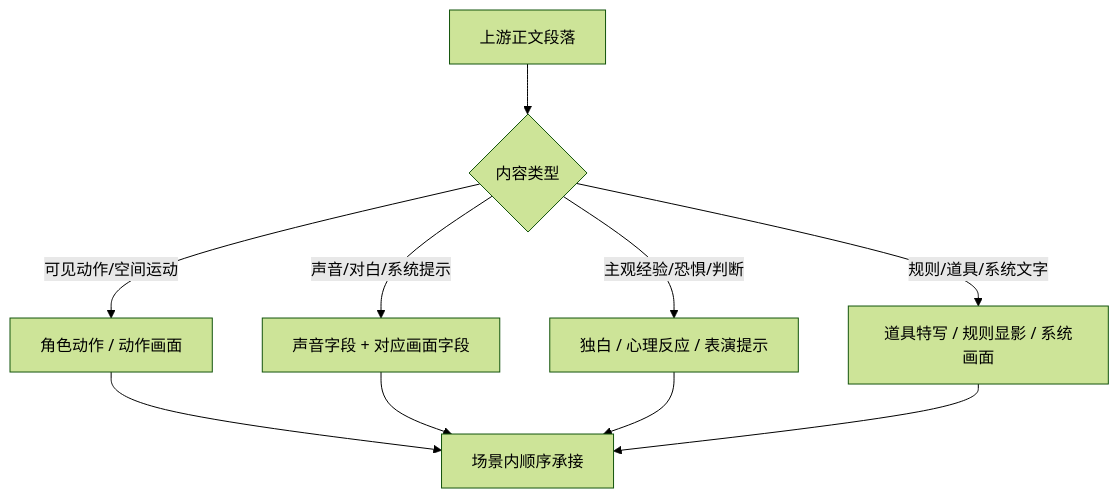
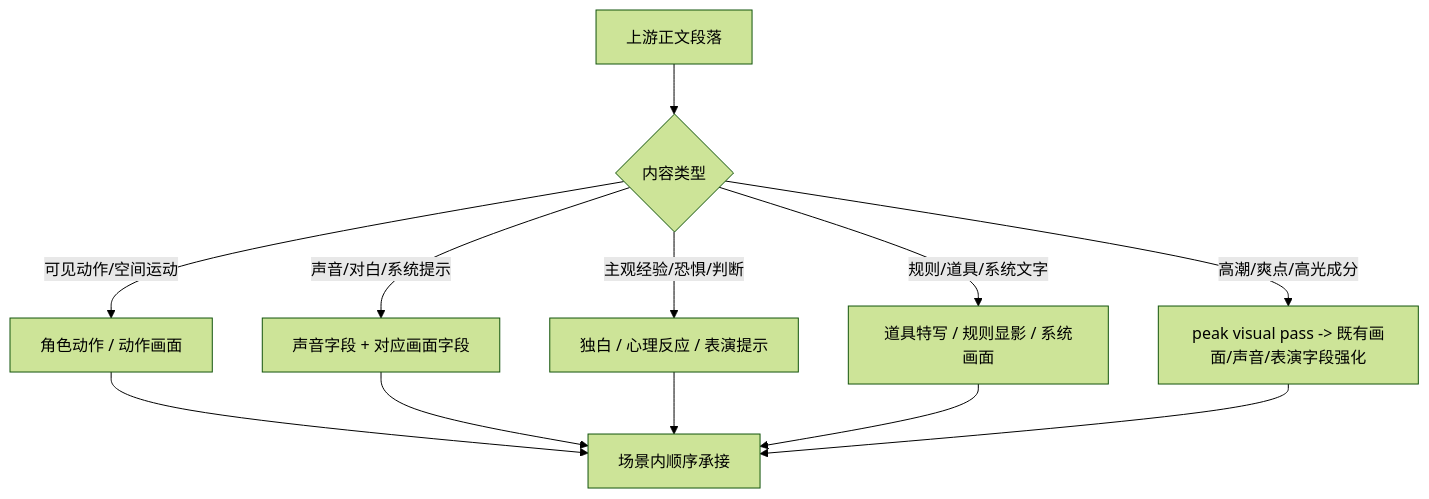
The second of 2 diagrams in .agents/skills/aigc/2-编导/SKILL.md (ZEN-VOID/AI-CUT), drawn with Mermaid (forest theme) before and after one commit. The commit also changed other lines of this file and 127 other files, not shown here.

````diff
--- a/.agents/skills/aigc/2-编导/SKILL.md
+++ b/.agents/skills/aigc/2-编导/SKILL.md
@@ -126,12 +138,14 @@
 ```mermaid
 flowchart TD
     A["上游正文段落"] --> B{"内容类型"}
     B -->|"可见动作/空间运动"| C["角色动作 / 动作画面"]
     B -->|"声音/对白/系统提示"| D["声音字段 + 对应画面字段"]
     B -->|"主观经验/恐惧/判断"| E["独白 / 心理反应 / 表演提示"]
     B -->|"规则/道具/系统文字"| F["道具特写 / 规则显影 / 系统画面"]
+    B -->|"高潮/爽点/高光成分"| H["peak visual pass -> 既有画面/声音/表演字段强化"]
     C --> G["场景内顺序承接"]
     D --> G
     E --> G
     F --> G
+    H --> G
 ```
````
